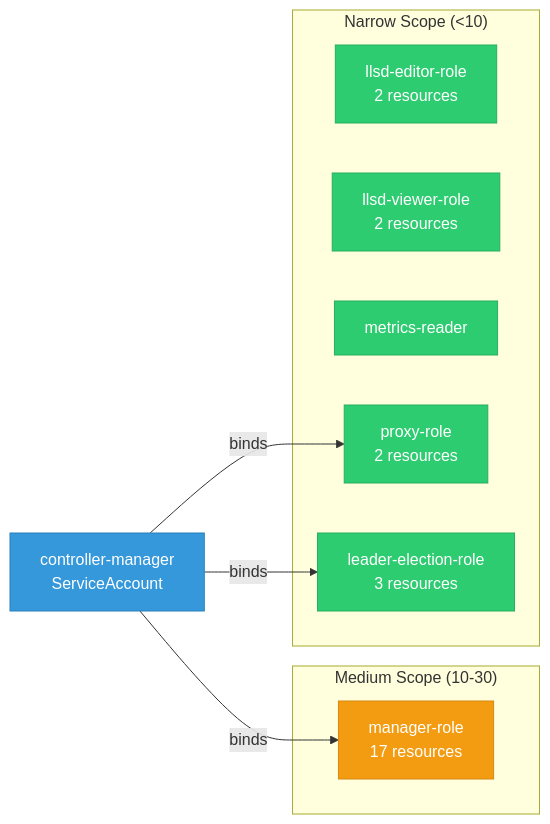
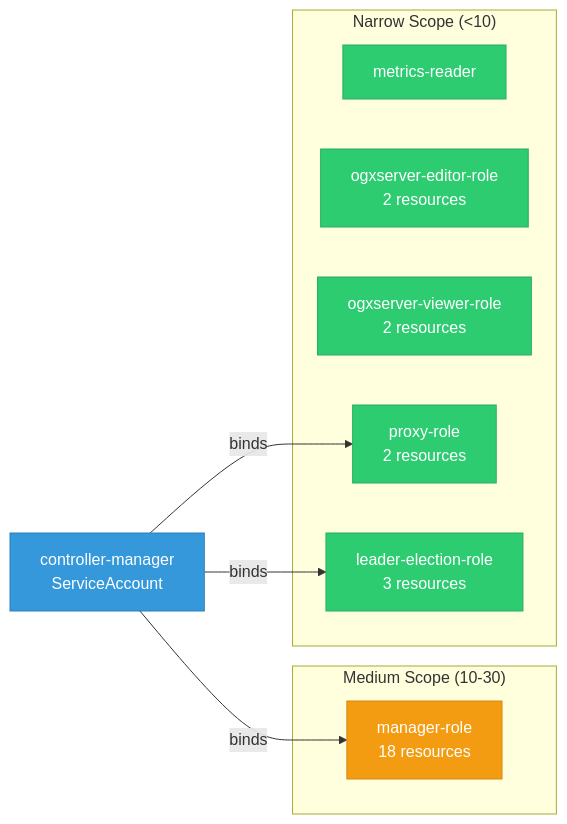
The diagram in site/docs/use-cases/odh-platform/components/llama_stack_k8s_operator/rbac.md (ugiordan/rhoai-architecture-analyzer), drawn with Mermaid before and after one commit. The commit also changed other lines of this file and 402 other files, not shown here.

````diff
--- a/site/docs/use-cases/odh-platform/components/llama_stack_k8s_operator/rbac.md
+++ b/site/docs/use-cases/odh-platform/components/llama_stack_k8s_operator/rbac.md
@@ -9,23 +9,23 @@
 ```mermaid
 graph LR
     classDef wide fill:#e74c3c,stroke:#c0392b,color:#fff
     classDef medium fill:#f39c12,stroke:#d68910,color:#fff
     classDef narrow fill:#2ecc71,stroke:#27ae60,color:#fff
     classDef subject fill:#3498db,stroke:#2980b9,color:#fff
 
     subgraph med["Medium Scope (10-30)"]
-    manager_role["manager-role\n17 resources"]:::medium
+    manager_role["manager-role\n18 resources"]:::medium
     end
     subgraph nar["Narrow Scope (<10)"]
-    llsd_editor_role["llsd-editor-role\n2 resources"]:::narrow
-    llsd_viewer_role["llsd-viewer-role\n2 resources"]:::narrow
     metrics_reader["metrics-reader"]:::narrow
+    ogxserver_editor_role["ogxserver-editor-role\n2 resources"]:::narrow
+    ogxserver_viewer_role["ogxserver-viewer-role\n2 resources"]:::narrow
     proxy_role["proxy-role\n2 resources"]:::narrow
     leader_election_role["leader-election-role\n3 resources"]:::narrow
     end
 
     subj_controller_manager["controller-manager\nServiceAccount"]:::subject
     subj_controller_manager -->|binds| manager_role
     subj_controller_manager -->|binds| proxy_role
     subj_controller_manager -->|binds| leader_election_role
 ```
````
